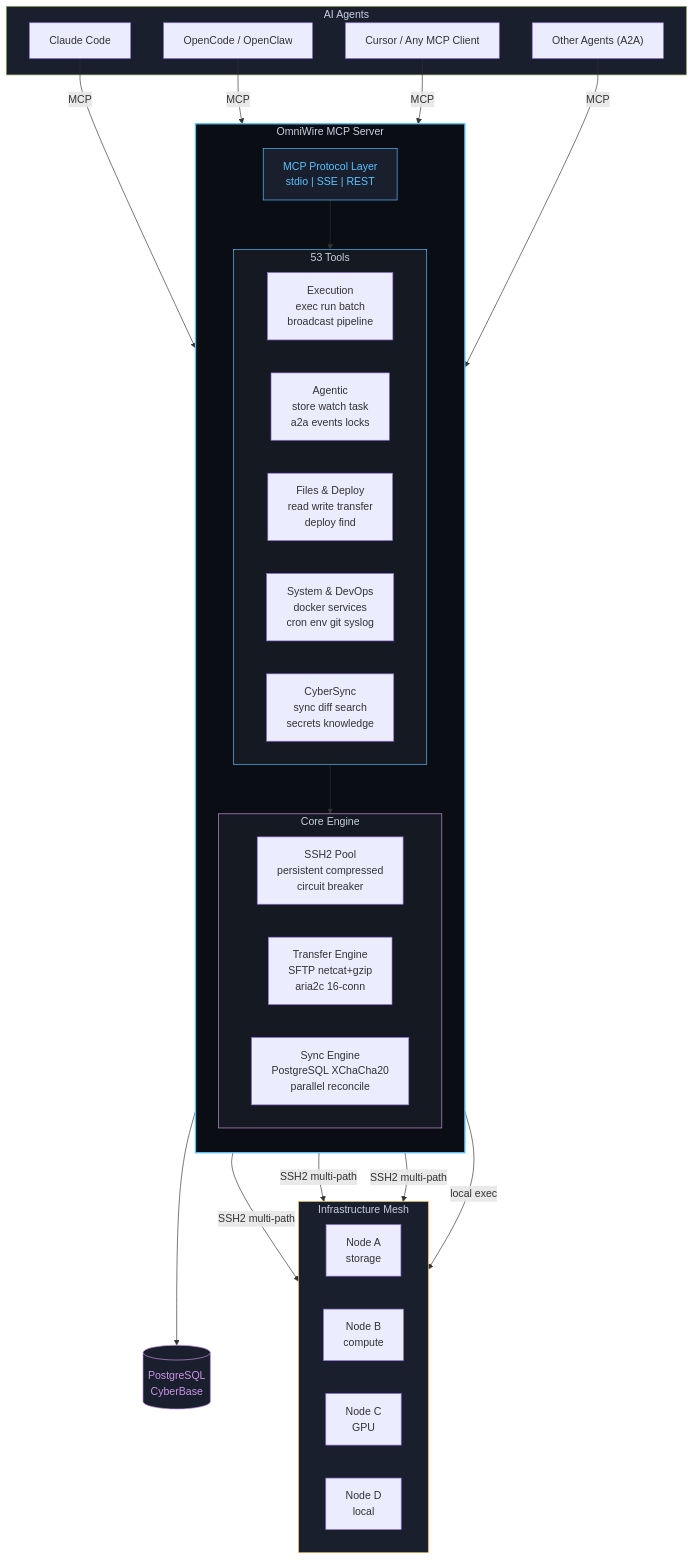
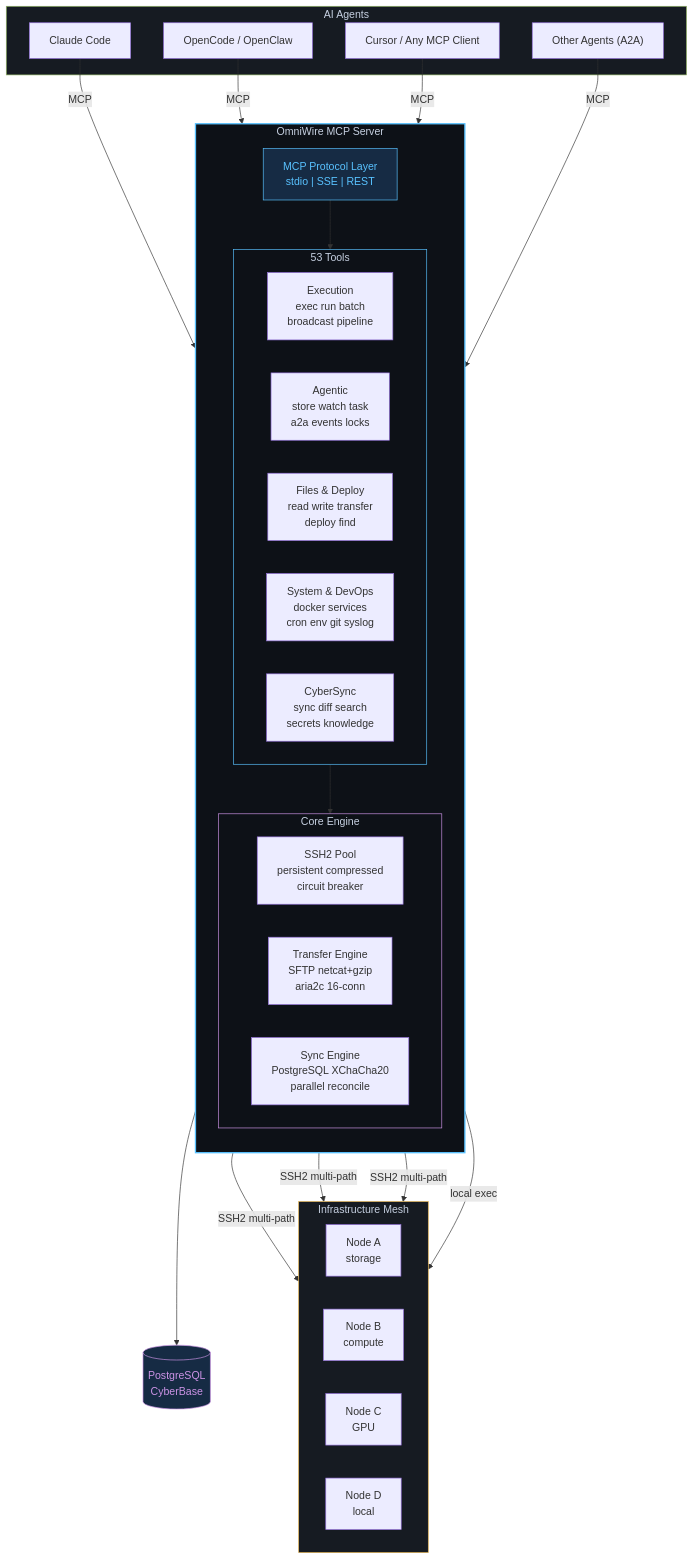
One commit to VoidChecksum/omniwire changed the diagram in README.md. Above: the diagram before and after it, drawn with Mermaid. The commit also changed other lines of this file, not shown here.

````diff
--- a/README.md
+++ b/README.md
@@ -73,55 +84,55 @@
 ```mermaid
 graph TB
     subgraph clients["AI Agents"]
         CC["Claude Code"]
         OC["OpenCode / OpenClaw"]
         CU["Cursor / Any MCP Client"]
         A2["Other Agents (A2A)"]
     end
 
     subgraph omniwire["OmniWire MCP Server"]
         direction TB
         MCP["MCP Protocol Layer<br/>stdio | SSE | REST"]
 
         subgraph tools["53 Tools"]
             direction LR
             EXEC["Execution<br/>exec  run  batch<br/>broadcast  pipeline"]
             AGENT["Agentic<br/>store  watch  task<br/>a2a  events  locks"]
             FILES["Files & Deploy<br/>read  write  transfer<br/>deploy  find"]
             SYS["System & DevOps<br/>docker  services<br/>cron  env  git  syslog"]
             SYNC["CyberSync<br/>sync  diff  search<br/>secrets  knowledge"]
         end
 
         subgraph engine["Core Engine"]
             direction LR
             POOL["SSH2 Pool<br/>persistent  compressed<br/>circuit breaker"]
             XFER["Transfer Engine<br/>SFTP  netcat+gzip<br/>aria2c 16-conn"]
             CSYNC["Sync Engine<br/>PostgreSQL  XChaCha20<br/>parallel reconcile"]
         end
     end
 
     subgraph mesh["Infrastructure Mesh"]
         direction LR
         N1["Node A<br/>storage"]
         N2["Node B<br/>compute"]
         N3["Node C<br/>GPU"]
         N4["Node D<br/>local"]
     end
 
     DB[("PostgreSQL<br/>CyberBase")]
 
     CC & OC & CU & A2 -->|MCP| MCP
     MCP --> tools
     tools --> engine
     POOL -->|"SSH2 multi-path"| N1 & N2 & N3
     POOL -->|"local exec"| N4
     CSYNC --> DB
 
-    style omniwire fill:#0A0E14,stroke:#59C2FF,stroke-width:2px,color:#C6D0E1
-    style clients fill:#1A1F2E,stroke:#91B362,stroke-width:1px,color:#C6D0E1
-    style mesh fill:#1A1F2E,stroke:#E6B450,stroke-width:1px,color:#C6D0E1
-    style tools fill:#141922,stroke:#59C2FF,stroke-width:1px,color:#C6D0E1
-    style engine fill:#141922,stroke:#CC93E6,stroke-width:1px,color:#C6D0E1
-    style MCP fill:#1A1F2E,stroke:#59C2FF,color:#59C2FF
-    style DB fill:#1A1F2E,stroke:#CC93E6,color:#CC93E6
+    style omniwire fill:#0D1117,stroke:#59C2FF,stroke-width:2px,color:#C6D0E1
+    style clients fill:#161B22,stroke:#91B362,stroke-width:1px,color:#C6D0E1
+    style mesh fill:#161B22,stroke:#E6B450,stroke-width:1px,color:#C6D0E1
+    style tools fill:#0D1117,stroke:#59C2FF,stroke-width:1px,color:#C6D0E1
+    style engine fill:#0D1117,stroke:#CC93E6,stroke-width:1px,color:#C6D0E1
+    style MCP fill:#162B44,stroke:#59C2FF,color:#59C2FF
+    style DB fill:#162B44,stroke:#CC93E6,color:#CC93E6
 ```
````
